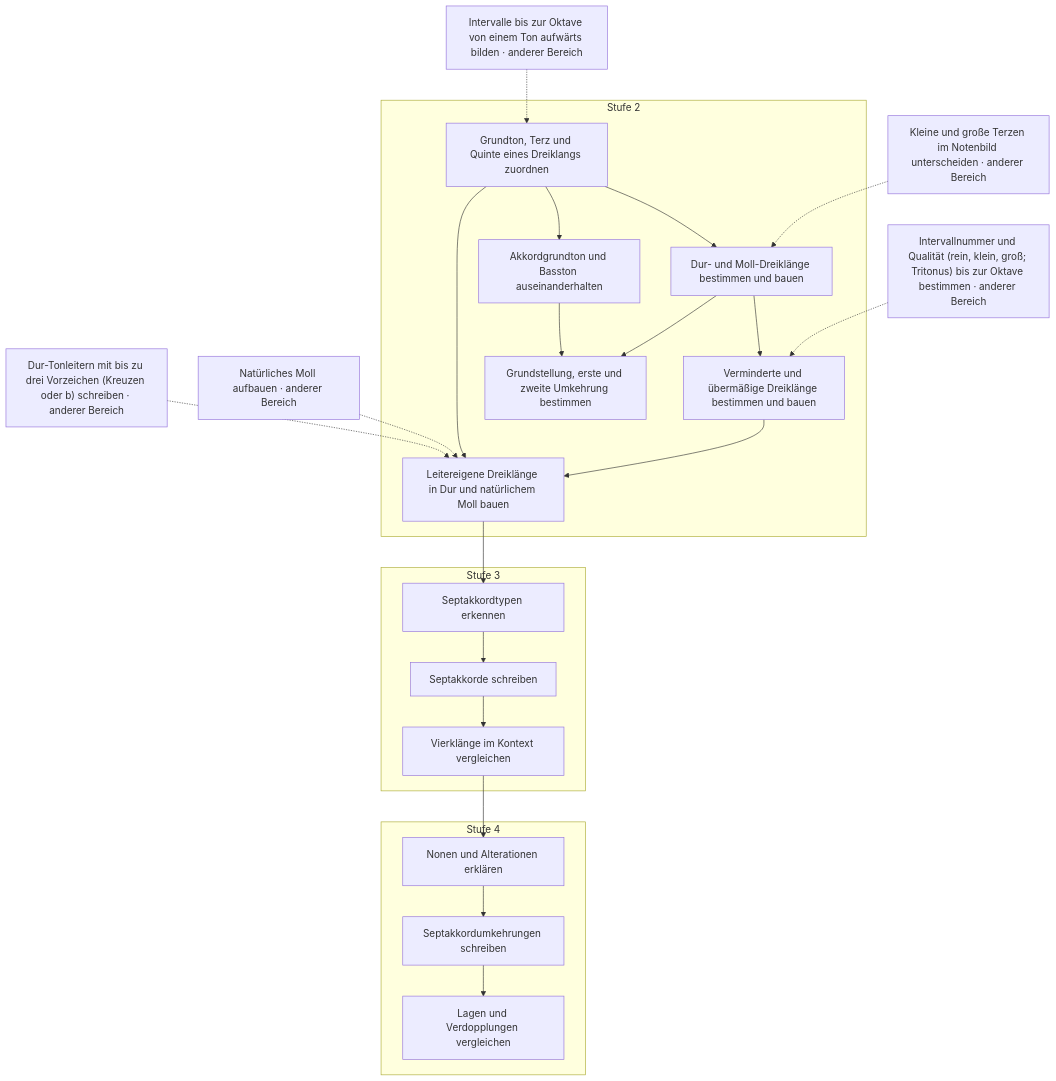
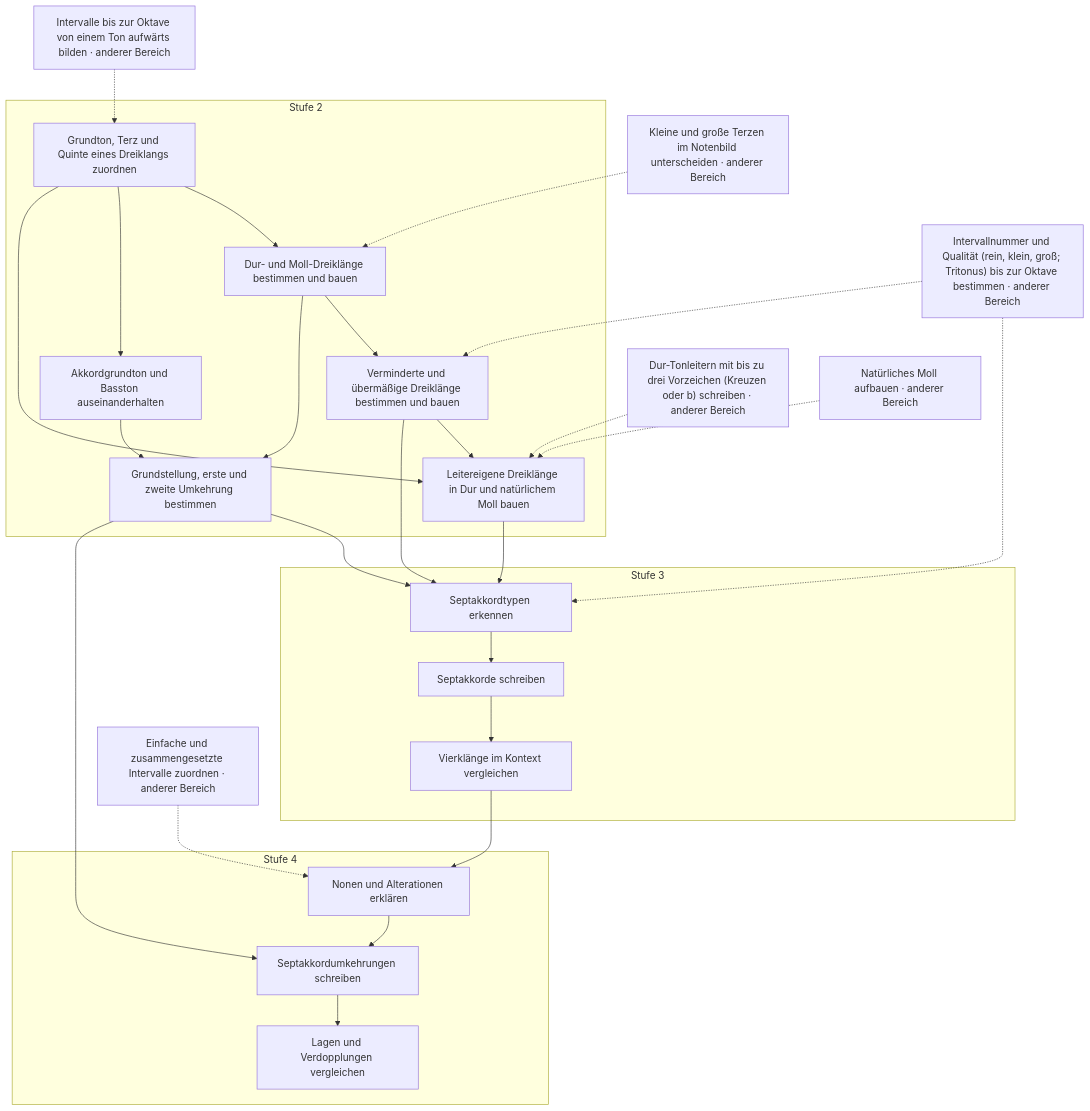
The seventh of 16 diagrams in docs/plan/faehigkeitsgraph-diagramme.md (PhiFa96/harmonia), drawn with Mermaid before and after one commit. The commit also changed other lines of this file and 1 other file, not shown here.

First line of the commit message:
fix(content): fachlich begründete Voraussetzungen für Stufe 3 und 4 (G-14, A6, A7)

````diff
--- a/docs/plan/faehigkeitsgraph-diagramme.md
+++ b/docs/plan/faehigkeitsgraph-diagramme.md
@@ -542,44 +558,50 @@
 ```mermaid
 flowchart TD
   subgraph level2["Stufe 2"]
     s69["Grundton, Terz und Quinte eines Dreiklangs zuordnen"]
     s70["Dur- und Moll-Dreiklänge bestimmen und bauen"]
     s71["Verminderte und übermäßige Dreiklänge bestimmen und bauen"]
     s72["Akkordgrundton und Basston auseinanderhalten"]
     s73["Grundstellung, erste und zweite Umkehrung bestimmen"]
     s74["Leitereigene Dreiklänge in Dur und natürlichem Moll bauen"]
   end
   subgraph level3["Stufe 3"]
     s93["Septakkordtypen erkennen"]
     s94["Septakkorde schreiben"]
     s95["Vierklänge im Kontext vergleichen"]
   end
   subgraph level4["Stufe 4"]
     s132["Nonen und Alterationen erklären"]
     s133["Septakkordumkehrungen schreiben"]
     s134["Lagen und Verdopplungen vergleichen"]
   end
   s54["Intervalle bis zur Oktave von einem Ton aufwärts bilden · anderer Bereich"]
   s26["Kleine und große Terzen im Notenbild unterscheiden · anderer Bereich"]
   s53["Intervallnummer und Qualität (rein, klein, groß; Tritonus) bis zur Oktave bestimmen · anderer Bereich"]
   s60["Dur-Tonleitern mit bis zu drei Vorzeichen (Kreuzen oder b) schreiben · anderer Bereich"]
   s62["Natürliches Moll aufbauen · anderer Bereich"]
+  s58["Einfache und zusammengesetzte Intervalle zuordnen · anderer Bereich"]
   s54 -.-> s69
   s69 --> s70
   s26 -.-> s70
   s70 --> s71
   s53 -.-> s71
   s69 --> s72
   s72 --> s73
   s70 --> s73
   s60 -.-> s74
   s62 -.-> s74
   s69 --> s74
   s71 --> s74
   s74 --> s93
+  s71 --> s93
+  s73 --> s93
+  s53 -.-> s93
   s93 --> s94
   s94 --> s95
   s95 --> s132
+  s58 -.-> s132
   s132 --> s133
+  s73 --> s133
   s133 --> s134
 ```
````
